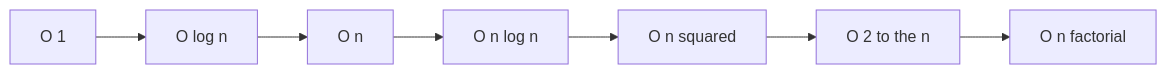
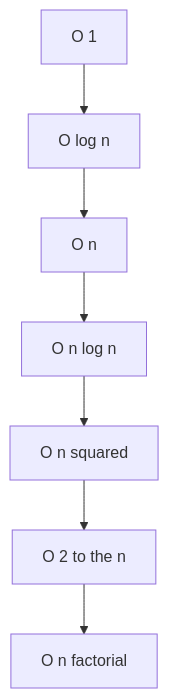
Before and after one commit to davidchen0970/algorithm_note: the second of 3 diagrams in 15_appendices/B_algorithm_complexity.md, drawn with Mermaid.

````diff
--- a/15_appendices/B_algorithm_complexity.md
+++ b/15_appendices/B_algorithm_complexity.md
@@ -103,9 +103,9 @@
 ```mermaid
-flowchart LR
+flowchart TD
     A[O 1] --> B[O log n]
     B --> C[O n]
     C --> D[O n log n]
     D --> E[O n squared]
     E --> F[O 2 to the n]
     F --> G[O n factorial]
 ```
````
